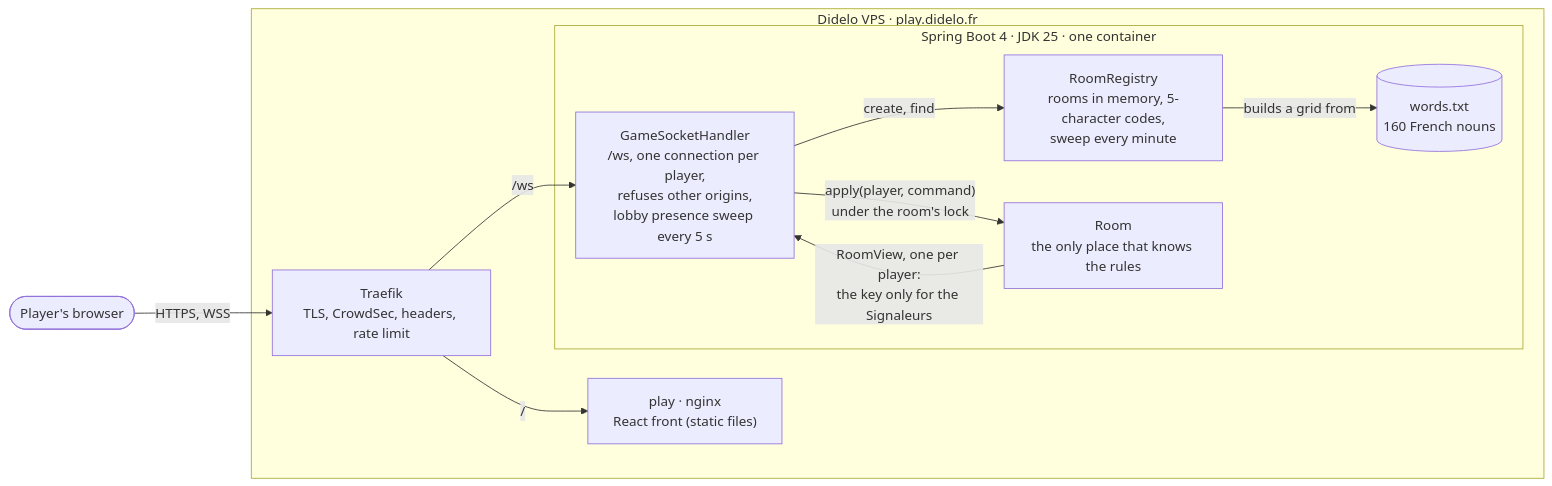
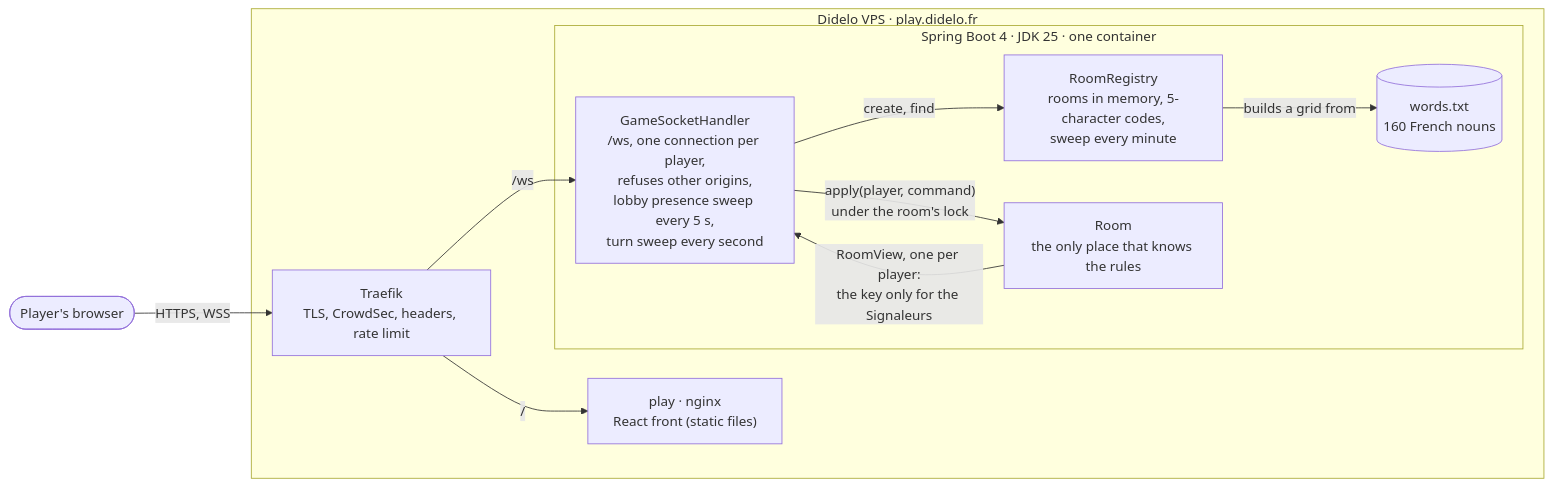
The first of 3 diagrams in README.md (Didelo-lilian/semaphore), drawn with Mermaid before and after one commit. The commit also changed other lines of this file and 21 other files, not shown here.

````diff
--- a/README.md
+++ b/README.md
@@ -54,23 +54,23 @@
 ```mermaid
 flowchart LR
   player([Player's browser])
 
   subgraph vps["Didelo VPS · play.didelo.fr"]
     traefik["Traefik<br/>TLS, CrowdSec, headers, rate limit"]
     front["play · nginx<br/>React front (static files)"]
     subgraph app["Spring Boot 4 · JDK 25 · one container"]
-      handler["GameSocketHandler<br/>/ws, one connection per player,<br/>refuses other origins,<br/>lobby presence sweep every 5 s"]
+      handler["GameSocketHandler<br/>/ws, one connection per player,<br/>refuses other origins,<br/>lobby presence sweep every 5 s,<br/>turn sweep every second"]
       registry["RoomRegistry<br/>rooms in memory, 5-character codes,<br/>sweep every minute"]
       room["Room<br/>the only place that knows the rules"]
       words[("words.txt<br/>160 French nouns")]
     end
   end
 
   player -->|"HTTPS, WSS"| traefik
   traefik -->|"/"| front
   traefik -->|"/ws"| handler
   handler -->|"create, find"| registry
   registry -->|"builds a grid from"| words
   handler -->|"apply(player, command)<br/>under the room's lock"| room
   room -->|"RoomView, one per player:<br/>the key only for the Signaleurs"| handler
 ```
````
